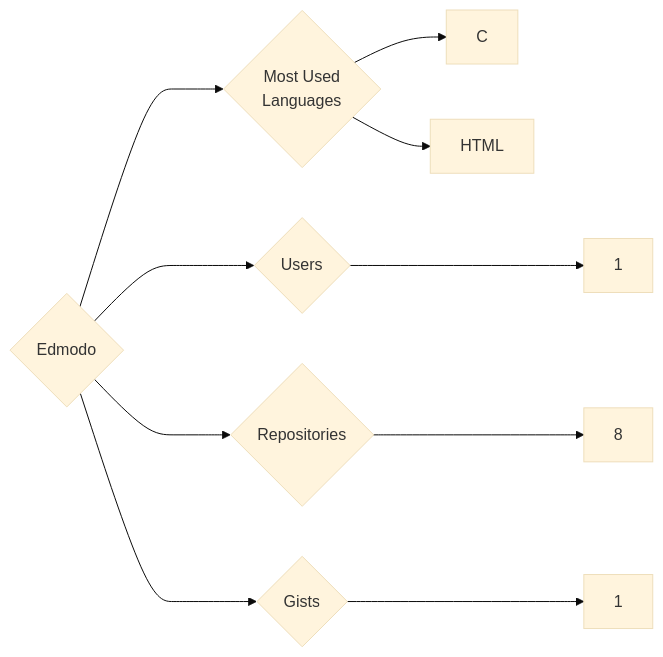
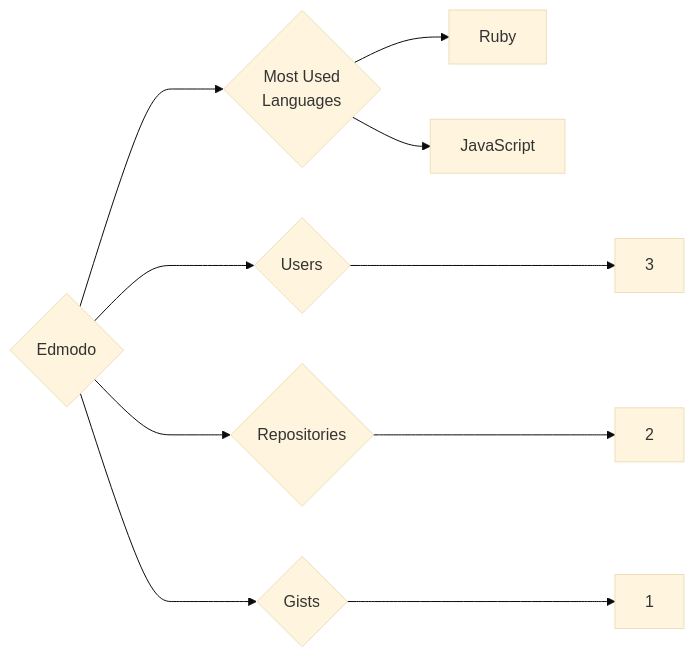
Before and after one commit to trickest/insiders: the diagram in targets/Edmodo/README.md, drawn with Mermaid (base theme). The commit also changed 894 other files, not shown here.

````diff
--- a/targets/Edmodo/README.md
+++ b/targets/Edmodo/README.md
@@ -3,10 +3,10 @@
 ```mermaid
 graph LR
 COMPANY_NAME{Edmodo}
-COMPANY_NAME ---> U{Users} ---> UN[1]
-COMPANY_NAME ---> R{Repositories} ---> RN[8]
+COMPANY_NAME ---> U{Users} ---> UN[3]
+COMPANY_NAME ---> R{Repositories} ---> RN[2]
 COMPANY_NAME ---> G{Gists} ---> GN[1]
 COMPANY_NAME ---> ML{Most Used<br>Languages}
-ML --> C[C]
-ML --> HTML[HTML]
+ML --> Ruby[Ruby]
+ML --> JavaScript[JavaScript]
 ```
````
